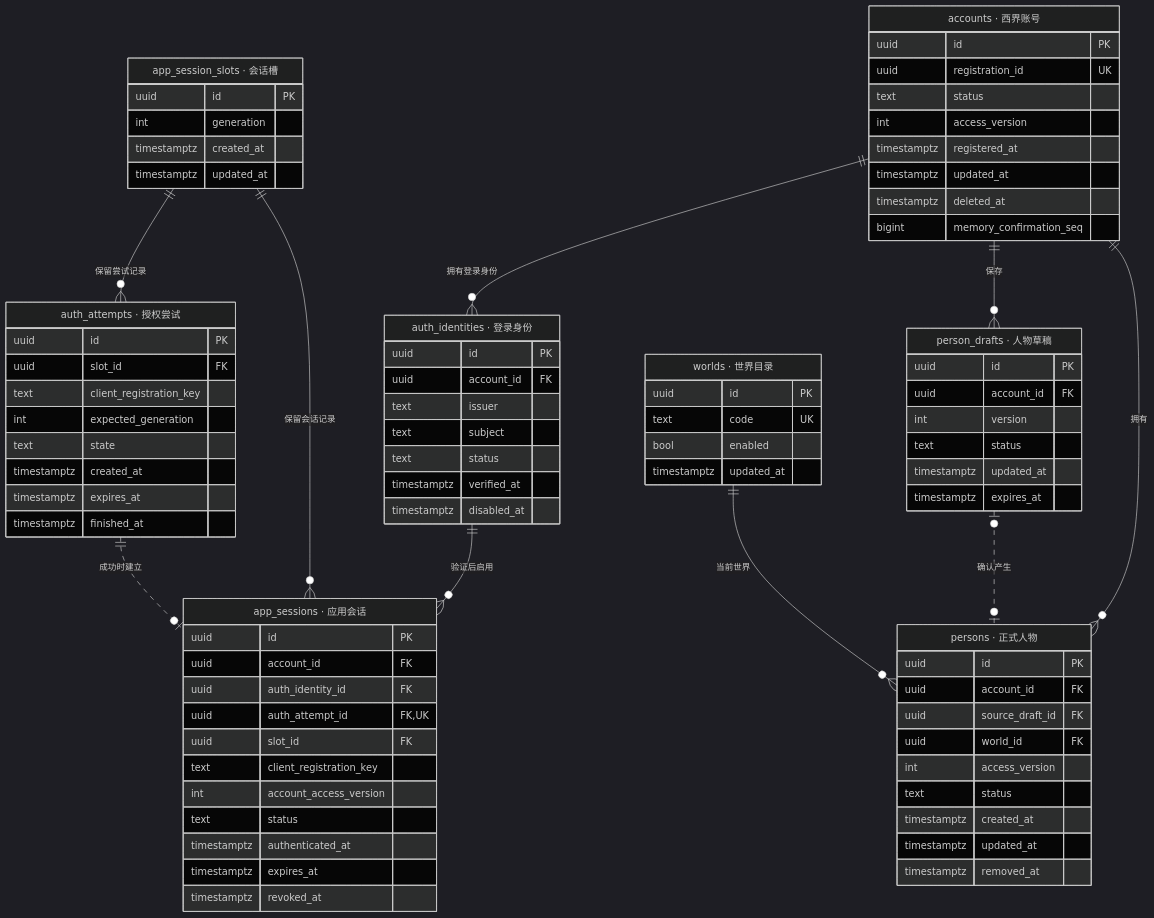
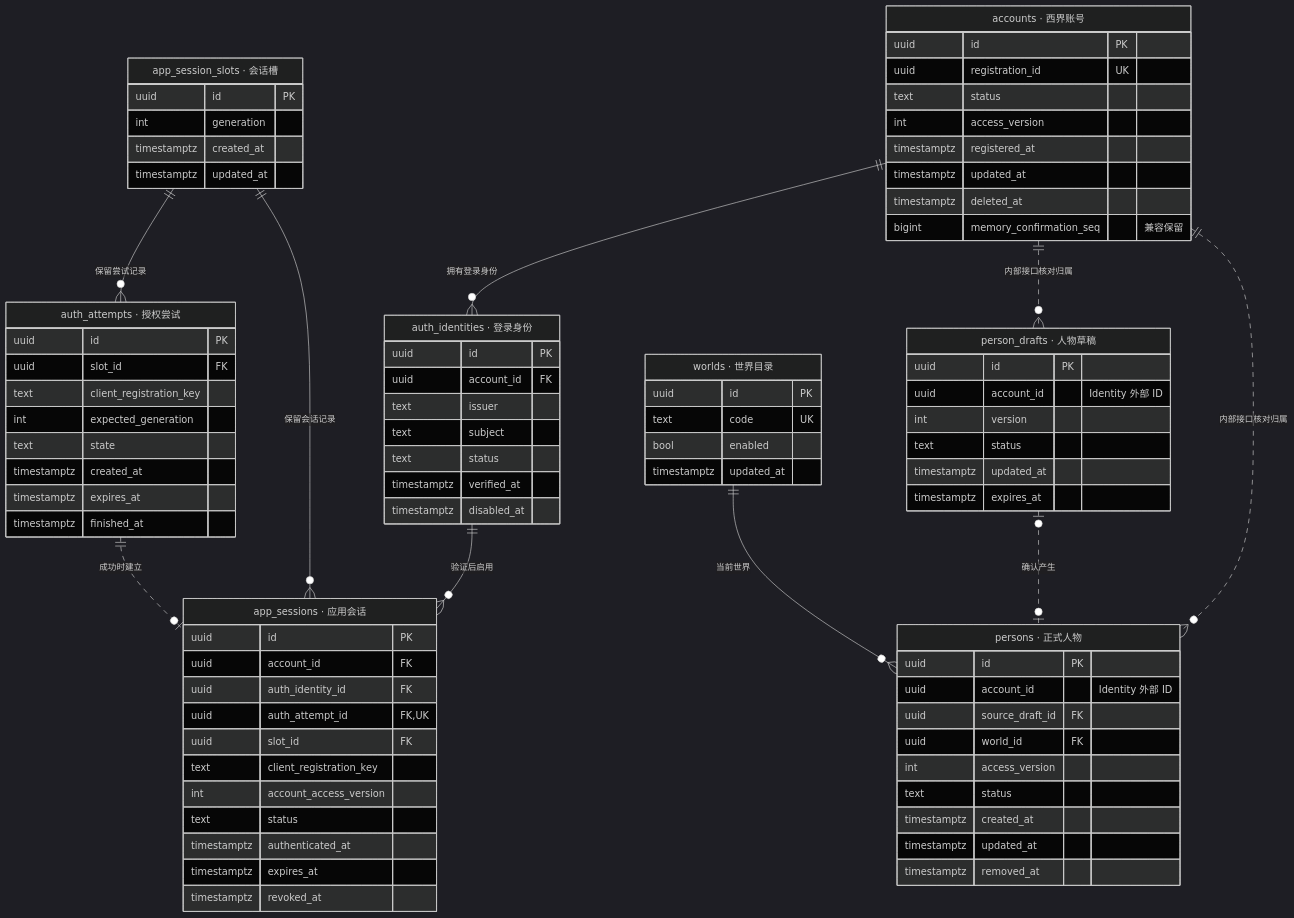
The first of 5 diagrams in docs/backend-review-data.md (GeorgeLiuxy/xijie), drawn with Mermaid (dark theme) before and after one commit. The commit also changed other lines of this file and 746 other files, not shown here.

First line of the commit message:
Implement Xijie companion services, account flows and Android integration

```diff
--- a/docs/backend-review-data.md
+++ b/docs/backend-review-data.md
@@ -15,7 +19,7 @@
         timestamptz registered_at
         timestamptz updated_at
         timestamptz deleted_at
-        bigint memory_confirmation_seq
+        bigint memory_confirmation_seq "兼容保留"
     }
     authIdentities["auth_identities · 登录身份"] {
         uuid id PK
@@ -57,7 +61,7 @@
     }
     personDrafts["person_drafts · 人物草稿"] {
         uuid id PK
-        uuid account_id FK
+        uuid account_id "Identity 外部 ID"
         int version
         text status
         timestamptz updated_at
@@ -65,7 +69,7 @@
     }
     persons["persons · 正式人物"] {
         uuid id PK
-        uuid account_id FK
+        uuid account_id "Identity 外部 ID"
         uuid source_draft_id FK
         uuid world_id FK
         int access_version
@@ -85,8 +89,8 @@
     appSessionSlots ||--o{ authAttempts : "保留尝试记录"
     appSessionSlots ||--o{ appSessions : "保留会话记录"
     authAttempts ||..o| appSessions : "成功时建立"
-    accounts ||--o{ personDrafts : "保存"
-    accounts ||--o{ persons : "拥有"
+    accounts ||..o{ personDrafts : "内部接口核对归属"
+    accounts ||..o{ persons : "内部接口核对归属"
     personDrafts o|..o| persons : "确认产生"
     worlds ||--o{ persons : "当前世界"
 ~~~
```
